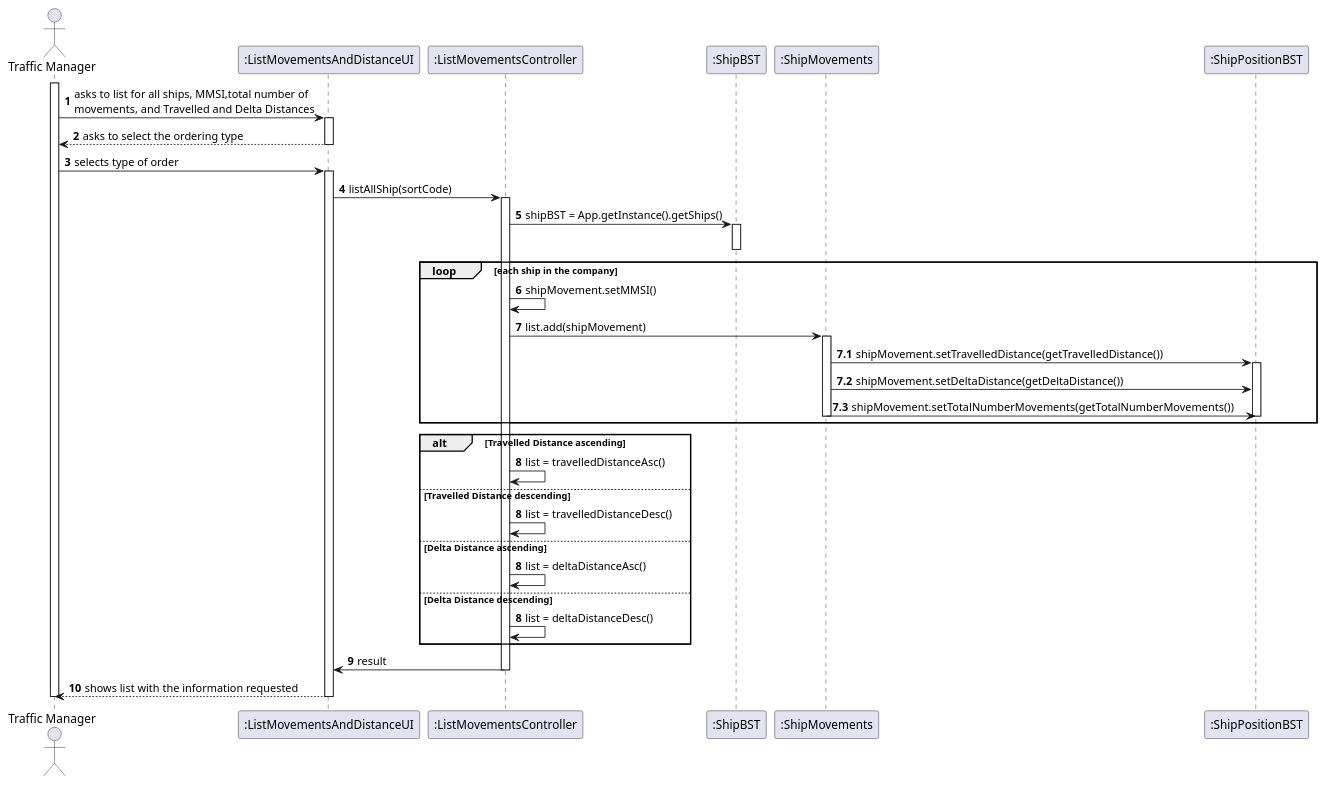
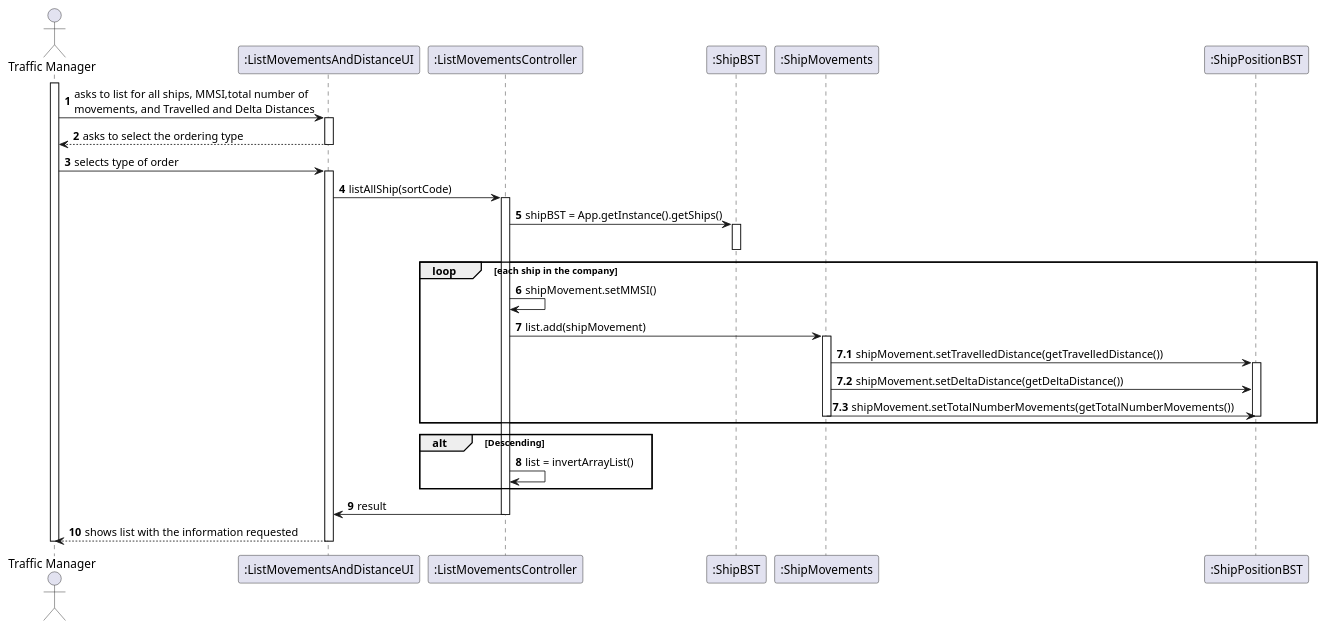
One commit to 1190772/LAB-Project-3 changed the diagram in docs/Sprint 2/US/US105/US105_SD.puml. Above: the diagram before and after it, drawn with PlantUML. The commit also changed 3 other files, not shown here.

```diff
--- a/docs/Sprint 2/US/US105/US105_SD.puml
+++ b/docs/Sprint 2/US/US105/US105_SD.puml
@@ -1,68 +1,59 @@
 @startuml
 autonumber
 
 'hide footbox
 actor "Traffic Manager" as TM
 
 participant ":ListMovementsAndDistanceUI" as UI
 participant ":ListMovementsController" as CTRL
 participant ":ShipBST" as SBST
 participant ":ShipMovements" as SM
 participant ":ShipPositionBST" as SPBST
 
 activate TM
 TM -> UI : asks to list for all ships, MMSI,total number of \nmovements, and Travelled and Delta Distances
 activate UI
 
 UI --> TM : asks to select the ordering type
 deactivate UI
 
 TM -> UI : selects type of order
 activate UI
 
 UI -> CTRL : listAllShip(sortCode)
 activate CTRL
 
 CTRL -> SBST : shipBST = App.getInstance().getShips()
 activate SBST
 deactivate SBST
 
 loop each ship in the company
 CTRL -> CTRL : shipMovement.setMMSI()
 CTRL -> SM : list.add(shipMovement)
 activate SM
 autonumber 7.1
 SM -> SPBST : shipMovement.setTravelledDistance(getTravelledDistance())
 activate SPBST
 SM -> SPBST : shipMovement.setDeltaDistance(getDeltaDistance())
 SM -> SPBST : shipMovement.setTotalNumberMovements(getTotalNumberMovements())
 
 deactivate SM
 deactivate SPBST
 end
 
 autonumber 8
-alt Travelled Distance ascending
-CTRL -> CTRL : list = travelledDistanceAsc()
-autonumber 8
-else Travelled Distance descending
-CTRL -> CTRL : list = travelledDistanceDesc()
-autonumber 8
-else Delta Distance ascending
-CTRL -> CTRL : list = deltaDistanceAsc()
-autonumber 8
-else Delta Distance descending
-CTRL -> CTRL : list = deltaDistanceDesc()
+alt Descending
+CTRL -> CTRL : list = invertArrayList()
 end
 
 
 
 CTRL -> UI : result
 deactivate CTRL
 
 UI --> TM : shows list with the information requested
 deactivate UI
 
 deactivate TM
 
 @enduml
```
